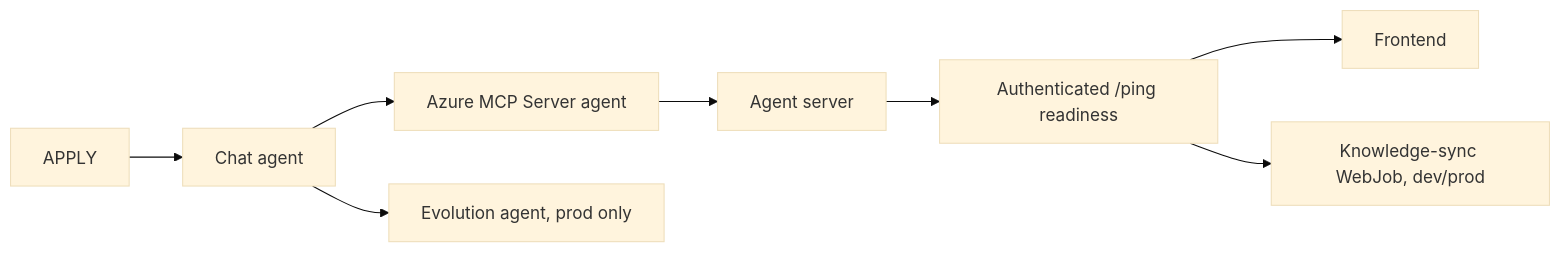
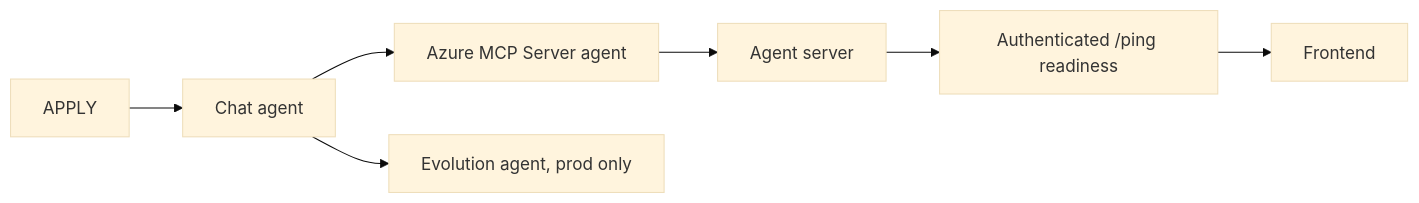
Before and after one commit to Azure/azure-sdk-tools: the third of 4 diagrams in tools/sdk-ai-bots/deployment/docs/deployment-architecture.md, drawn with Mermaid (base theme). The commit also changed other lines of this file and 15 other files, not shown here.

First line of the commit message:
Remove duplicated knowledge-sync deployment wiring

````diff
--- a/tools/sdk-ai-bots/deployment/docs/deployment-architecture.md
+++ b/tools/sdk-ai-bots/deployment/docs/deployment-architecture.md
@@ -85,10 +84,9 @@
 ```mermaid
 flowchart LR
   APPLY --> AGENT[Chat agent]
   AGENT --> MCP[Azure MCP Server agent]
   MCP --> SERVER[Agent server]
   AGENT --> EVOLUTION[Evolution agent, prod only]
   SERVER --> READY[Authenticated /ping readiness]
   READY --> FRONTEND[Frontend]
-  READY --> SYNC[Knowledge-sync WebJob, dev/prod]
 ```
````
